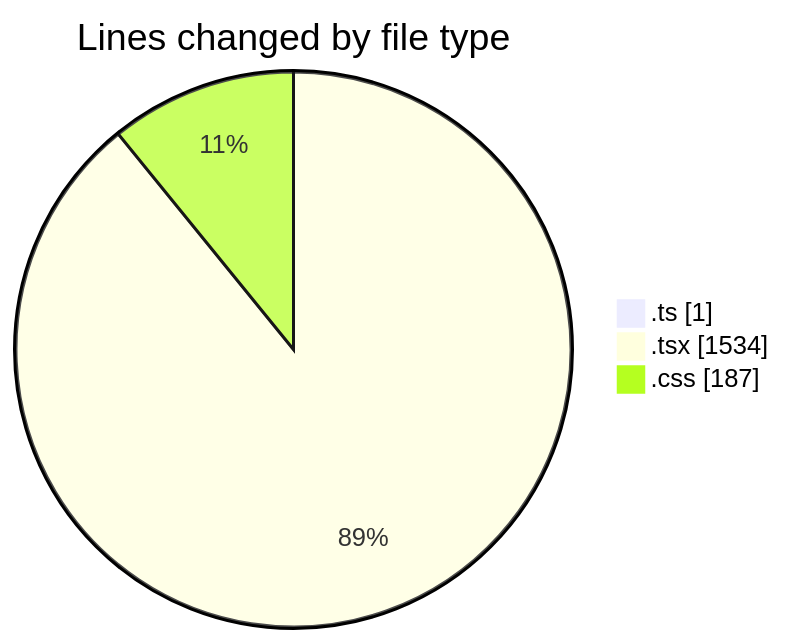
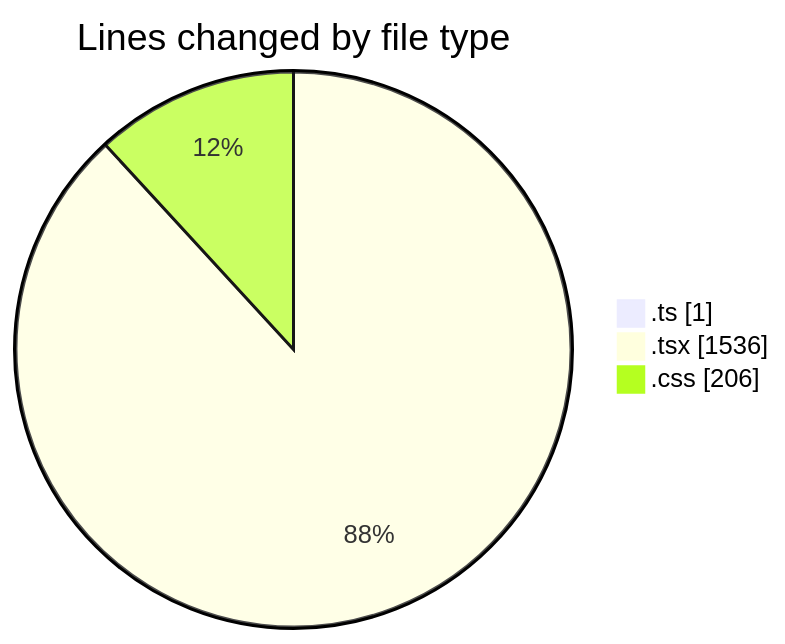
One commit to robertbonfada/code-tracking changed the first of 2 diagrams in 2025-01-31/audiobooks-web/README.md. Above: the diagram before and after it, drawn with Mermaid. The commit also changed other lines of this file and 1 other file, not shown here.

````diff
--- a/2025-01-31/audiobooks-web/README.md
+++ b/2025-01-31/audiobooks-web/README.md
@@ -30,7 +30,7 @@
 ```mermaid
 pie showData
 title Lines changed by file type
 ".ts" : 1
-".tsx" : 1534
-".css" : 187
+".tsx" : 1536
+".css" : 206
 ```
````
